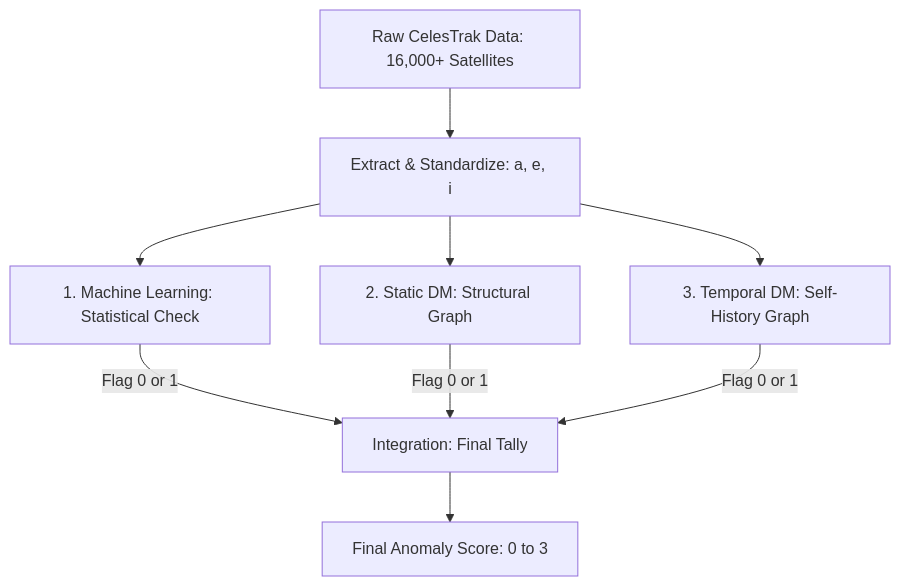
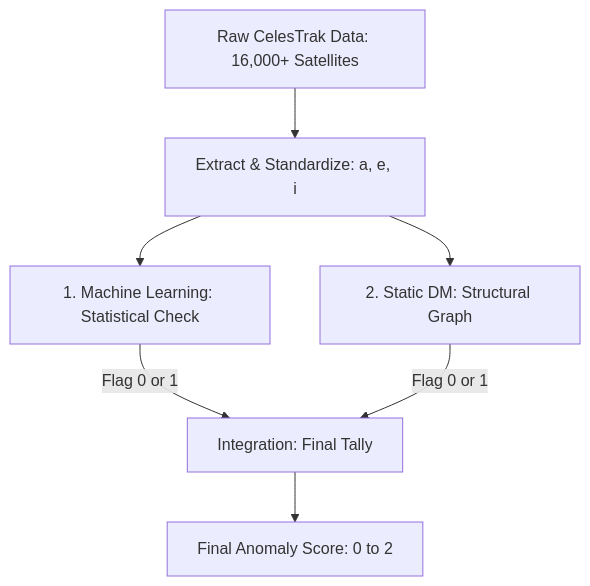
Before and after one commit to Sushrut2007/discrete-math-project: the diagram in docs/midsem_review.md, drawn with Mermaid. The commit also changed other lines of this file and 59 other files, not shown here.

````diff
--- a/docs/midsem_review.md
+++ b/docs/midsem_review.md
@@ -25,14 +23,12 @@
 ```mermaid
 flowchart TD
     A[Raw CelesTrak Data: 16,000+ Satellites] --> B[Extract & Standardize: a, e, i]
     
     B --> C[1. Machine Learning: Statistical Check]
     B --> D[2. Static DM: Structural Graph]
-    B --> E[3. Temporal DM: Self-History Graph]
     
     C -->|Flag 0 or 1| F[Integration: Final Tally]
     D -->|Flag 0 or 1| F
-    E -->|Flag 0 or 1| F
     
-    F --> G[Final Anomaly Score: 0 to 3]
+    F --> G[Final Anomaly Score: 0 to 2]
 ```
````
